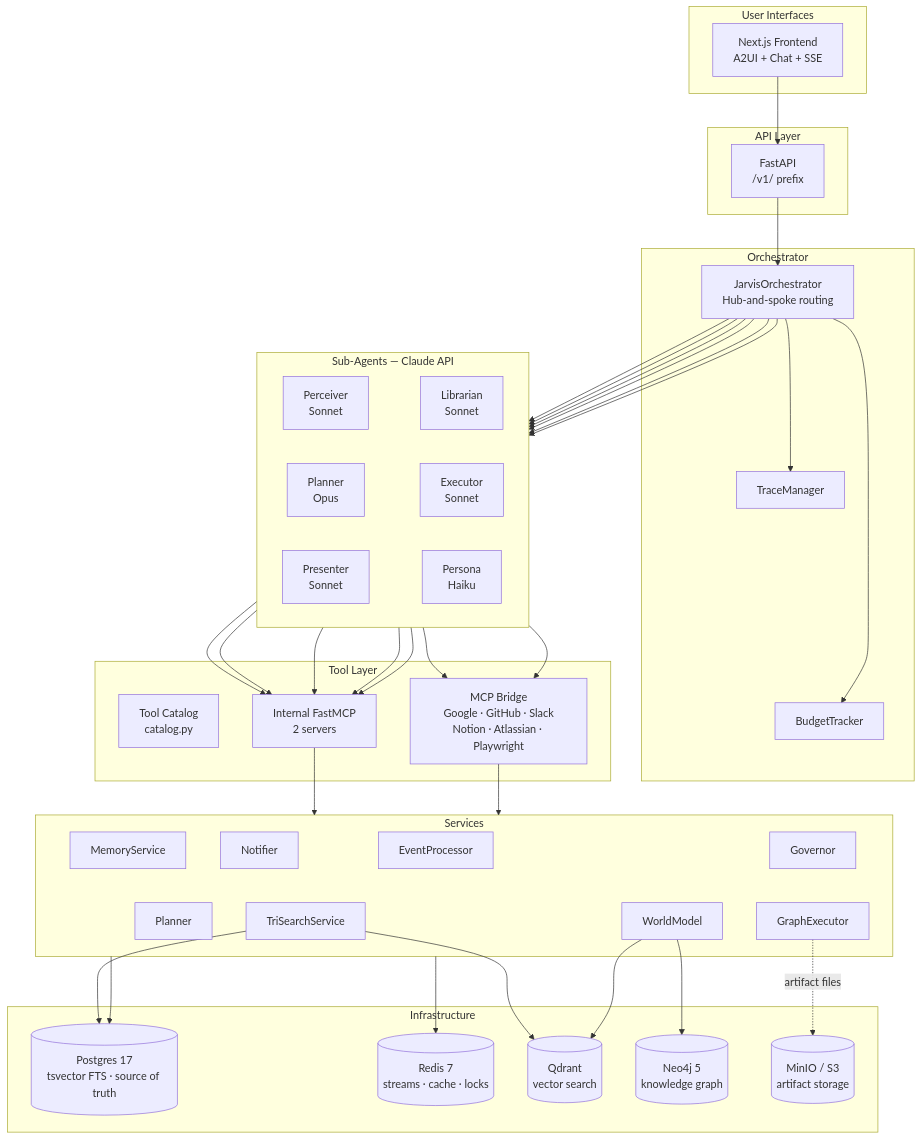
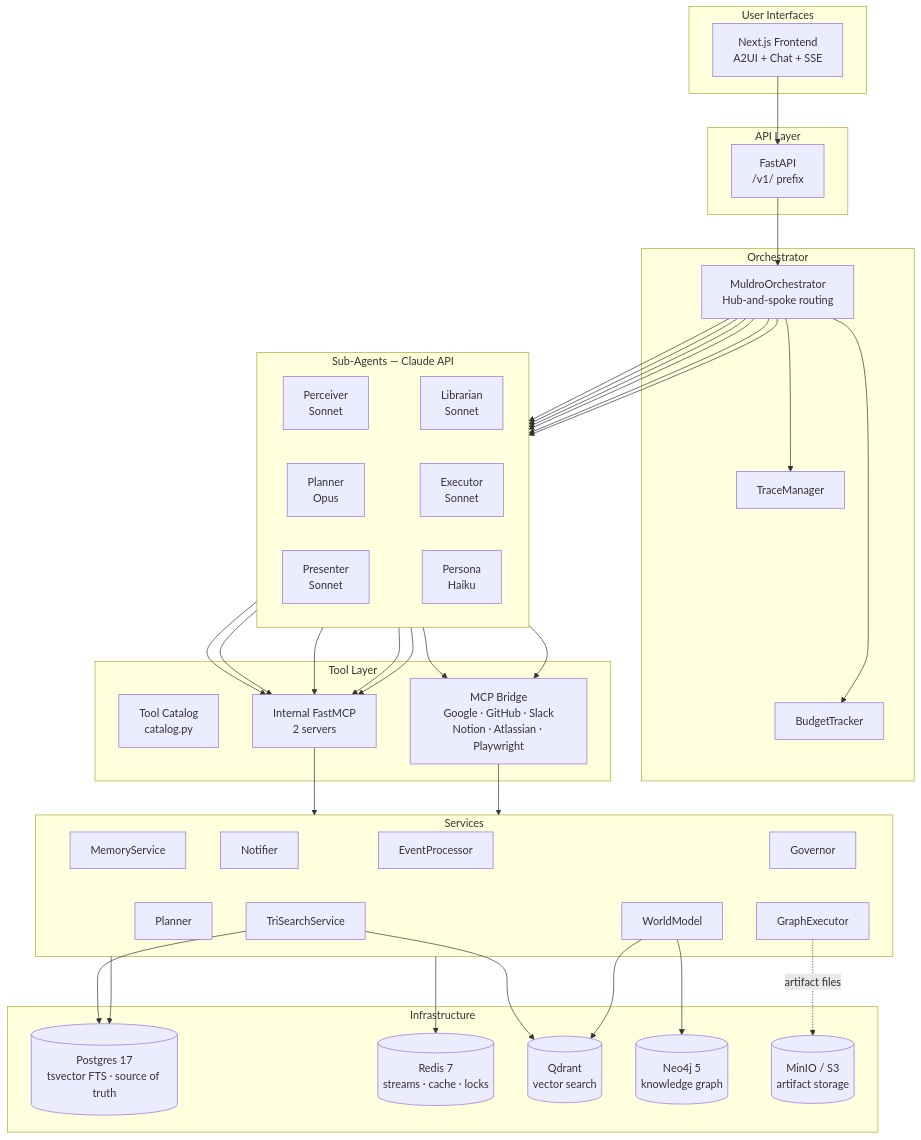
The diagram in README.md (shivadharmi/muldro), drawn with Mermaid before and after one commit. The commit also changed other lines of this file and 359 other files, not shown here.

First line of the commit message:
chore: rebrand Jarvis to Muldro across the codebase

````diff
--- a/README.md
+++ b/README.md
@@ -13,56 +13,56 @@
 ```mermaid
 graph TB
     subgraph UI["User Interfaces"]
         WEB[Next.js Frontend<br/>A2UI + Chat + SSE]
     end
 
     subgraph API["API Layer"]
         FA[FastAPI<br/>/v1/ prefix]
     end
 
     subgraph ORCH["Orchestrator"]
-        JO[JarvisOrchestrator<br/>Hub-and-spoke routing]
+        JO[MuldroOrchestrator<br/>Hub-and-spoke routing]
         TR[TraceManager] ~~~ BU[BudgetTracker]
     end
 
     subgraph AGENTS["Sub-Agents — Claude API"]
         direction LR
         PCV[Perceiver<br/>Sonnet] ~~~ LIB[Librarian<br/>Sonnet]
         PLN[Planner<br/>Opus] ~~~ EXE[Executor<br/>Sonnet]
         PRS[Presenter<br/>Sonnet] ~~~ PER[Persona<br/>Haiku]
     end
 
     subgraph TOOLS["Tool Layer"]
         CAT[Tool Catalog<br/>catalog.py]
         INT[Internal FastMCP<br/>2 servers]
         MCP[MCP Bridge<br/>Google · GitHub · Slack<br/>Notion · Atlassian · Playwright]
     end
 
     subgraph SVC["Services"]
         EP[EventProcessor] ~~~ WM[WorldModel]
         MS[MemoryService] ~~~ PL[Planner]
         GV[Governor] ~~~ GE[GraphExecutor]
         NT[Notifier] ~~~ TS[TriSearchService]
     end
 
     subgraph INFRA["Infrastructure"]
         PG[(Postgres 17<br/>tsvector FTS · source of truth)]
         RD[(Redis 7<br/>streams · cache · locks)]
         QD[(Qdrant<br/>vector search)]
         N4J[(Neo4j 5<br/>knowledge graph)]
         S3[(MinIO / S3<br/>artifact storage)]
     end
 
     WEB --> FA
     FA --> JO
     JO --> TR & BU
     JO --> PCV & LIB & PLN & EXE & PRS & PER
     PCV & LIB & PLN & EXE & PRS --> INT
     EXE & PCV --> MCP
     INT --> SVC
     MCP --> SVC
     SVC --> PG & RD
     TS --> QD & PG
     WM --> N4J & QD
     GE -.->|artifact files| S3
 ```
````
